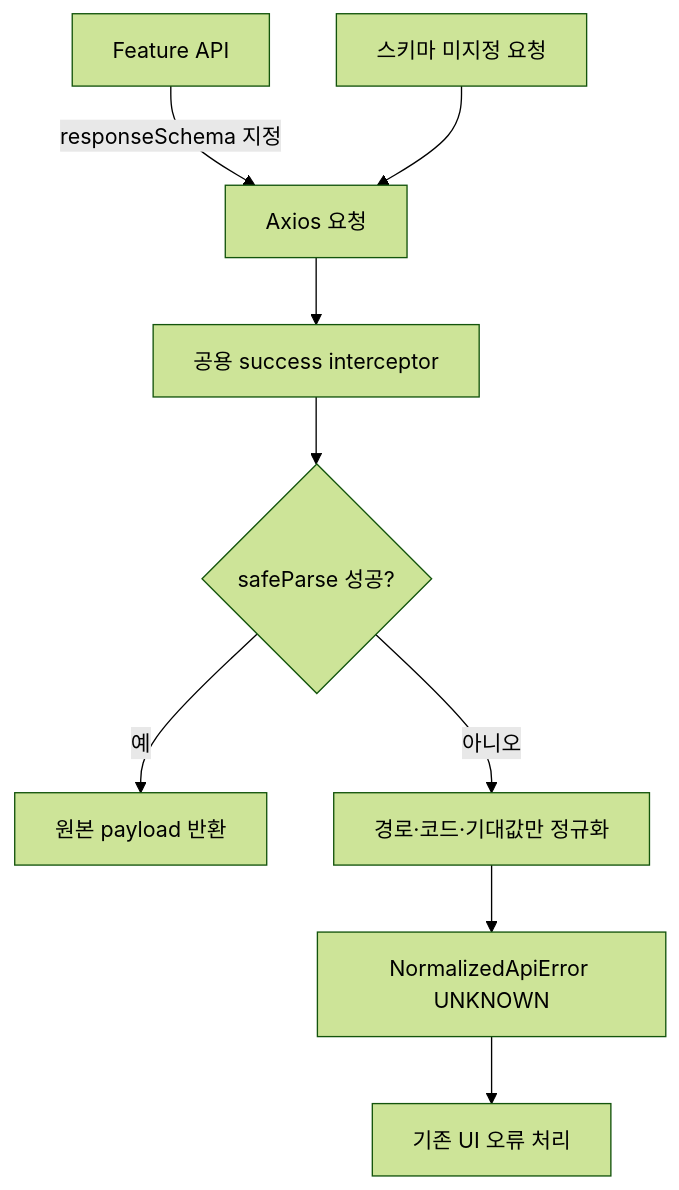
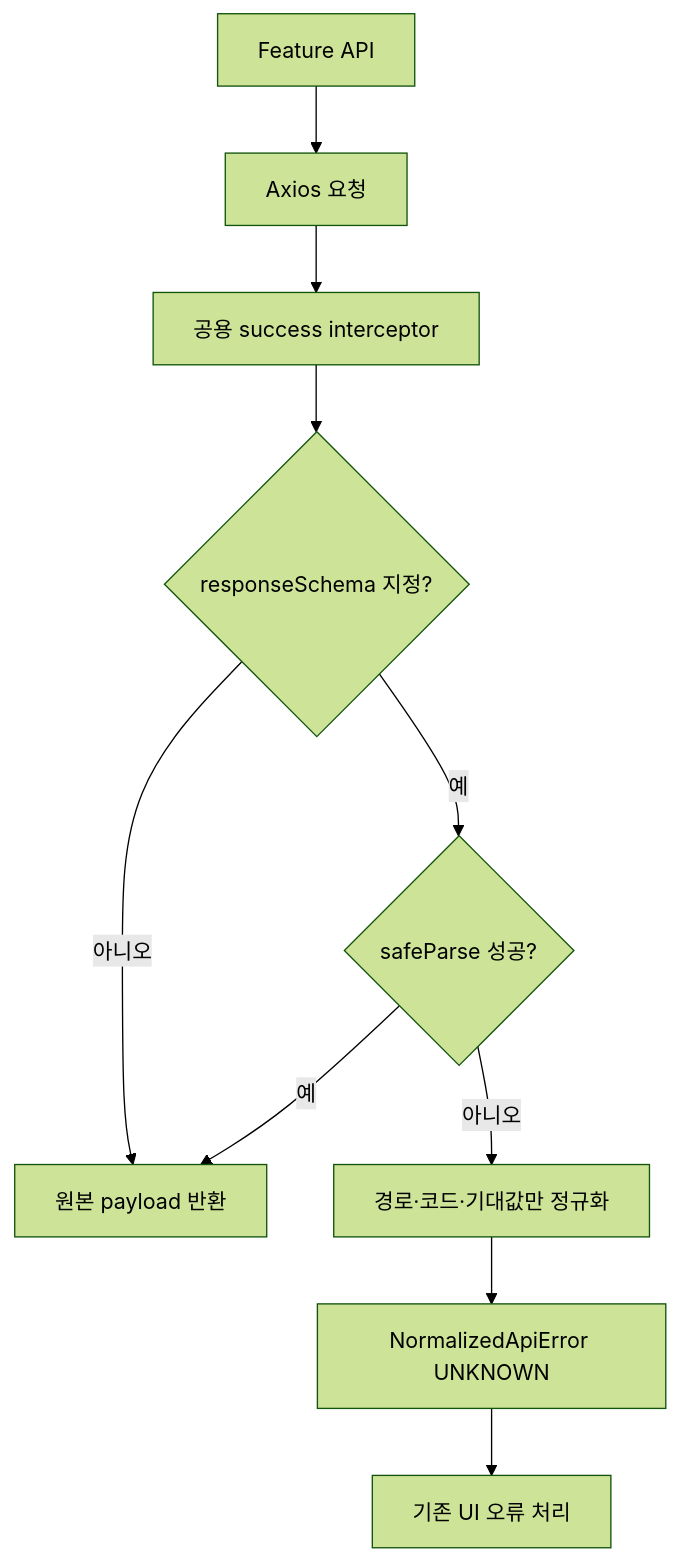
Before and after one commit to samu9nai/myblog: the diagram in src/content/posts/na-wa-runtime-api-validation.md, drawn with Mermaid (forest theme). The commit also changed other lines of this file and 9 other files, not shown here.

````diff
--- a/src/content/posts/na-wa-runtime-api-validation.md
+++ b/src/content/posts/na-wa-runtime-api-validation.md
@@ -36,11 +37,12 @@
 ```mermaid
 flowchart TD
-    F[Feature API] -->|responseSchema 지정| A[Axios 요청]
+    F[Feature API] --> A[Axios 요청]
     A --> I[공용 success interceptor]
-    I --> P{safeParse 성공?}
-    P -->|예| R[원본 payload 반환]
+    I --> D{responseSchema 지정?}
+    D -->|아니오| R[원본 payload 반환]
+    D -->|예| P{safeParse 성공?}
+    P -->|예| R
     P -->|아니오| E[경로·코드·기대값만 정규화]
     E --> N[NormalizedApiError UNKNOWN]
     N --> U[기존 UI 오류 처리]
-    X[스키마 미지정 요청] --> A
 ```
````
